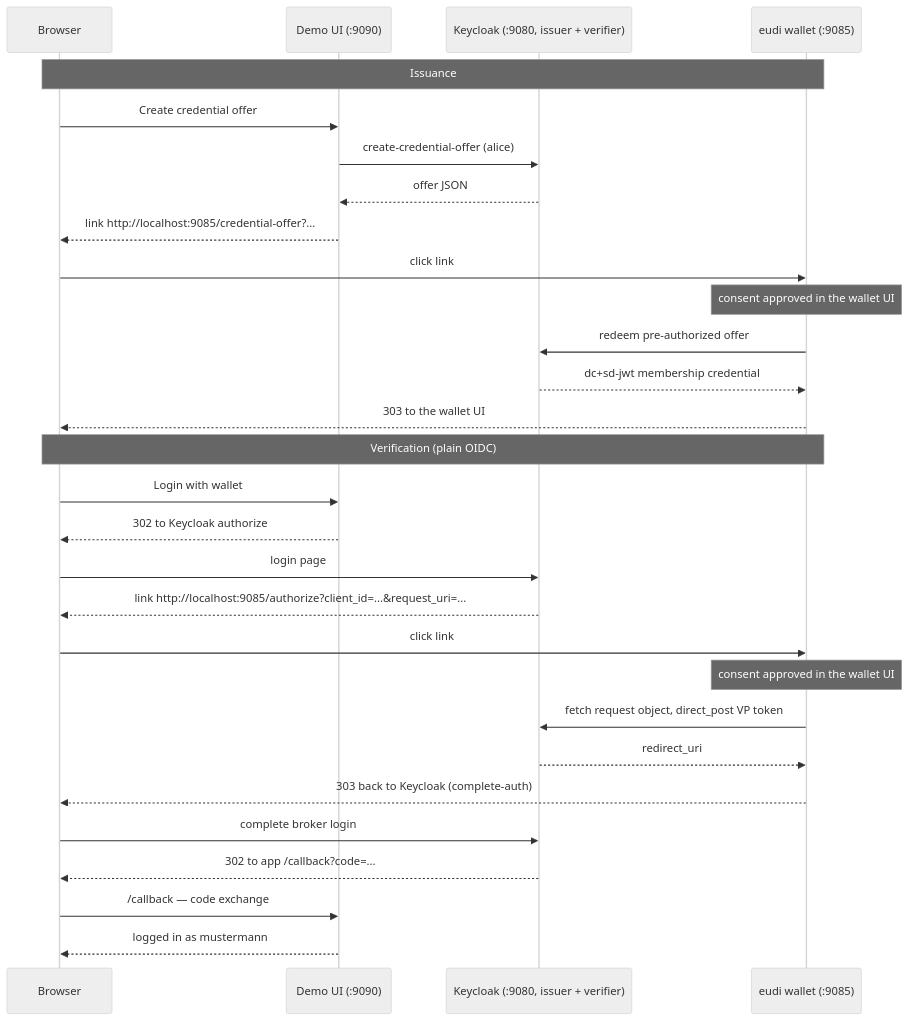
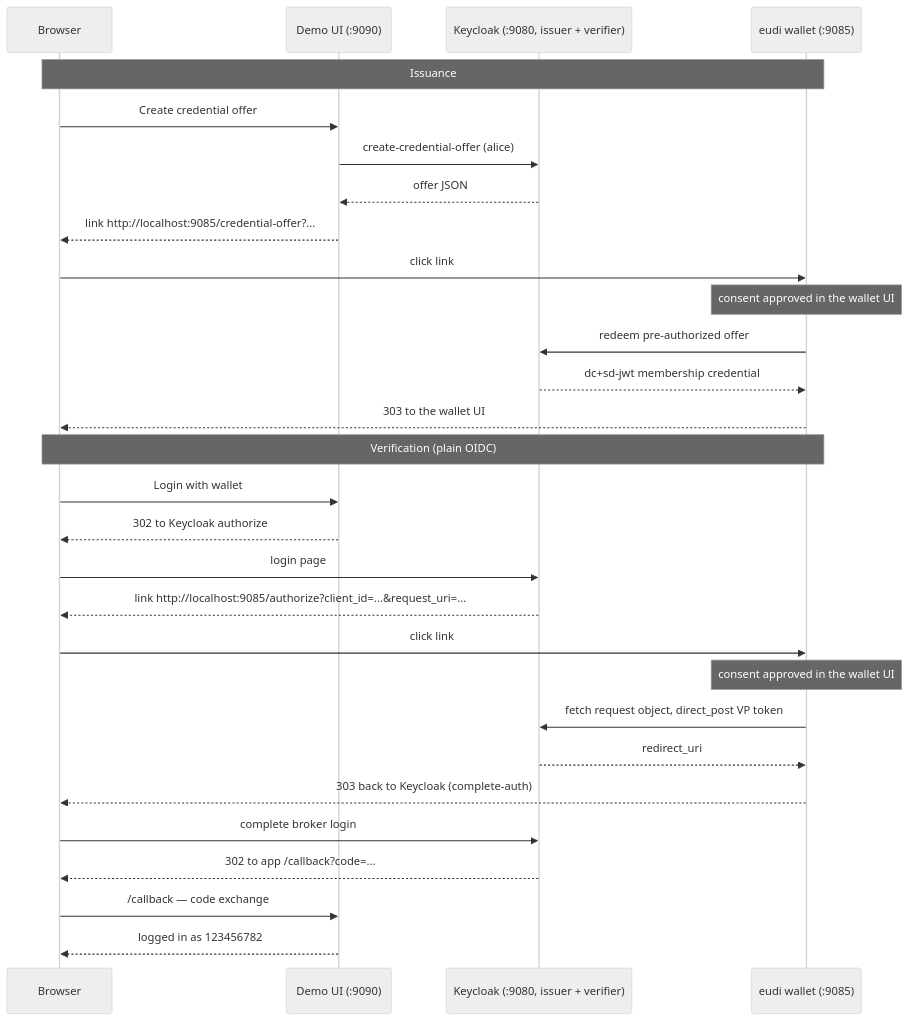
One commit to dominikschlosser/eudi-dev changed the diagram in examples/keycloak-web-wallet/README.md. Above: the diagram before and after it, drawn with Mermaid (neutral theme). The commit also changed other lines of this file and 11 other files, not shown here.

````diff
--- a/examples/keycloak-web-wallet/README.md
+++ b/examples/keycloak-web-wallet/README.md
@@ -73,33 +73,33 @@
 ```mermaid
 sequenceDiagram
     participant B as Browser
     participant APP as Demo UI (:9090)
     participant KC as Keycloak (:9080, issuer + verifier)
     participant W as eudi wallet (:9085)
 
     Note over B,W: Issuance
     B->>APP: Create credential offer
     APP->>KC: create-credential-offer (alice)
     KC-->>APP: offer JSON
     APP-->>B: link http://localhost:9085/credential-offer?...
     B->>W: click link
     Note over W: consent approved in the wallet UI
     W->>KC: redeem pre-authorized offer
     KC-->>W: dc+sd-jwt membership credential
     W-->>B: 303 to the wallet UI
 
     Note over B,W: Verification (plain OIDC)
     B->>APP: Login with wallet
     APP-->>B: 302 to Keycloak authorize
     B->>KC: login page
     KC-->>B: link http://localhost:9085/authorize?client_id=...&request_uri=...
     B->>W: click link
     Note over W: consent approved in the wallet UI
     W->>KC: fetch request object, direct_post VP token
     KC-->>W: redirect_uri
     W-->>B: 303 back to Keycloak (complete-auth)
     B->>KC: complete broker login
     KC-->>B: 302 to app /callback?code=...
     B->>APP: /callback — code exchange
-    APP-->>B: logged in as mustermann
+    APP-->>B: logged in as 123456782
 ```
````
